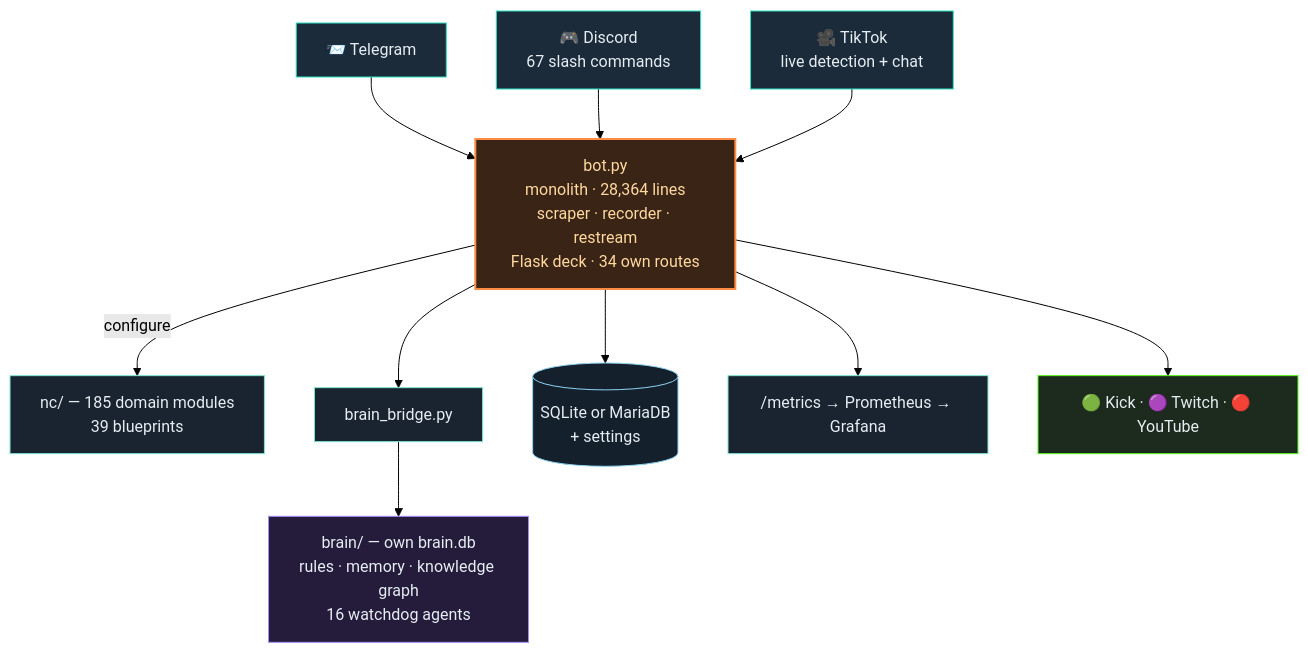
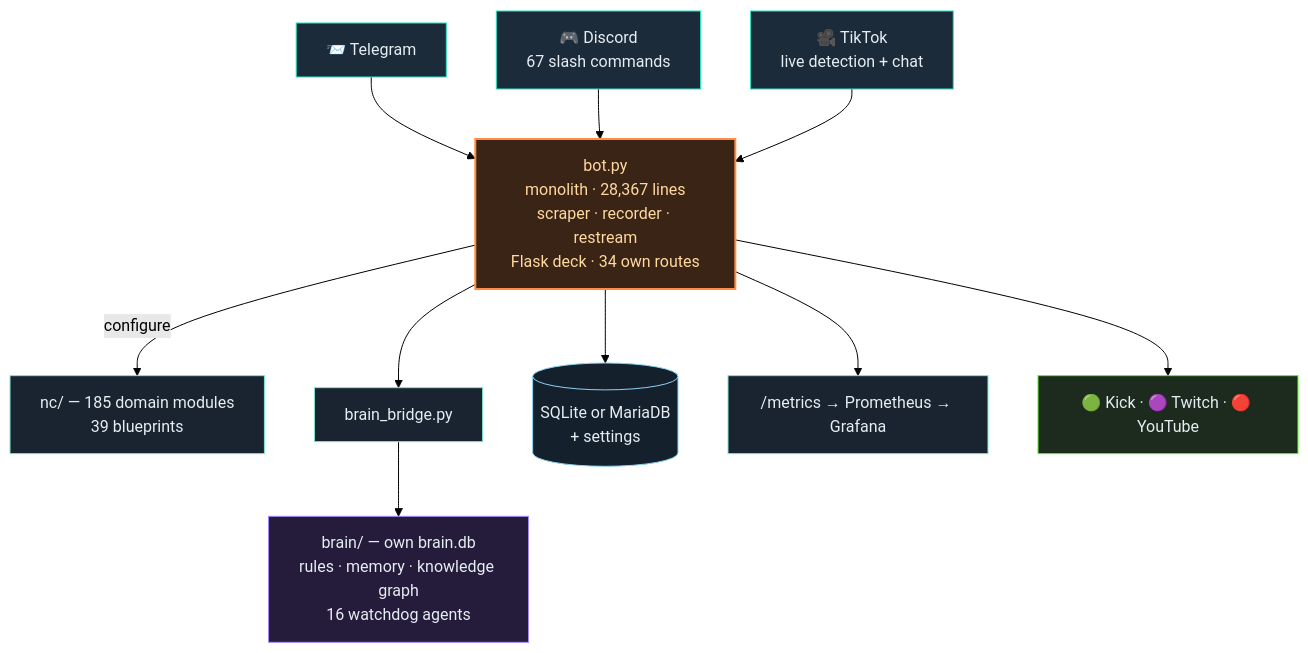
The second of 3 diagrams in README.en.md (itsamemedev/Telegram-Stream-Info-Bot), drawn with Mermaid (forest theme) before and after one commit. The commit also changed other lines of this file and 19 other files, not shown here.

````diff
--- a/README.en.md
+++ b/README.en.md
@@ -119,19 +119,19 @@
 ```mermaid
 flowchart TB
     TG["📨 Telegram"]:::ein --> BOT
     DC["🎮 Discord<br/>67 slash commands"]:::ein --> BOT
     TT["🎥 TikTok<br/>live detection + chat"]:::ein --> BOT
-    BOT["bot.py<br/>monolith · 28,364 lines<br/>scraper · recorder · restream<br/>Flask deck · 34 own routes"]:::core
+    BOT["bot.py<br/>monolith · 28,367 lines<br/>scraper · recorder · restream<br/>Flask deck · 34 own routes"]:::core
     BOT -->|configure| NC["nc/ — 185 domain modules<br/>39 blueprints"]:::lib
     BOT --> BR["brain_bridge.py"]:::lib
     BR --> BRAIN["brain/ — own brain.db<br/>rules · memory · knowledge graph<br/>16 watchdog agents"]:::brain
     BOT --> DB[("SQLite or MariaDB<br/>+ settings")]:::db
     BOT --> PROM["/metrics → Prometheus → Grafana"]:::lib
     BOT --> OUT["🟢 Kick · 🟣 Twitch · 🔴 YouTube"]:::out
     classDef ein fill:#1c2b3a,stroke:#2de1c2,color:#e6edf3
     classDef core fill:#3a2415,stroke:#ff8c42,stroke-width:2px,color:#ffd9a0
     classDef lib fill:#1a2430,stroke:#7fe7d4,color:#e6edf3
     classDef brain fill:#241c3a,stroke:#a78bfa,color:#e6edf3
     classDef db fill:#14202c,stroke:#8fd3f4,color:#e6edf3
     classDef out fill:#1c2b1e,stroke:#53fc18,color:#e6edf3
 ```
````
